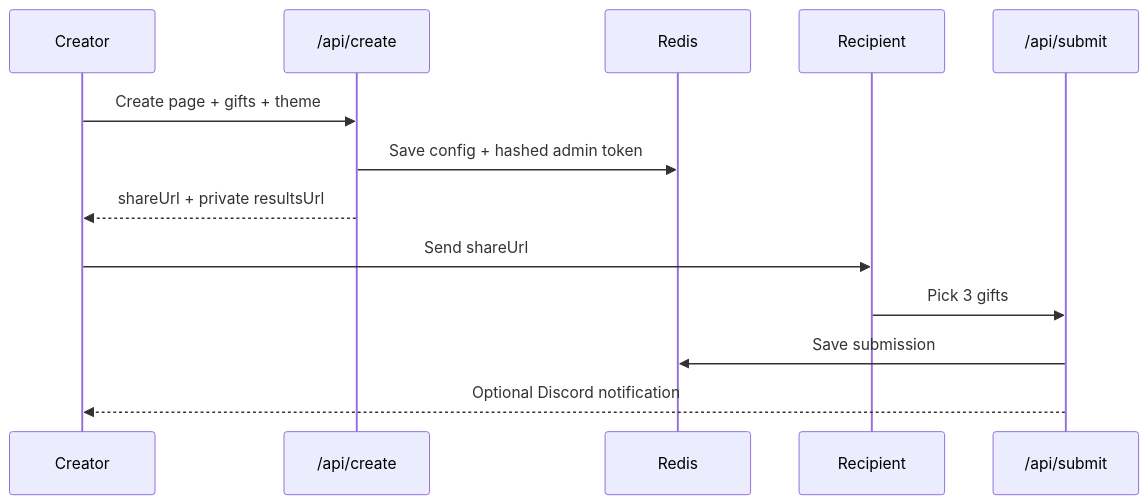
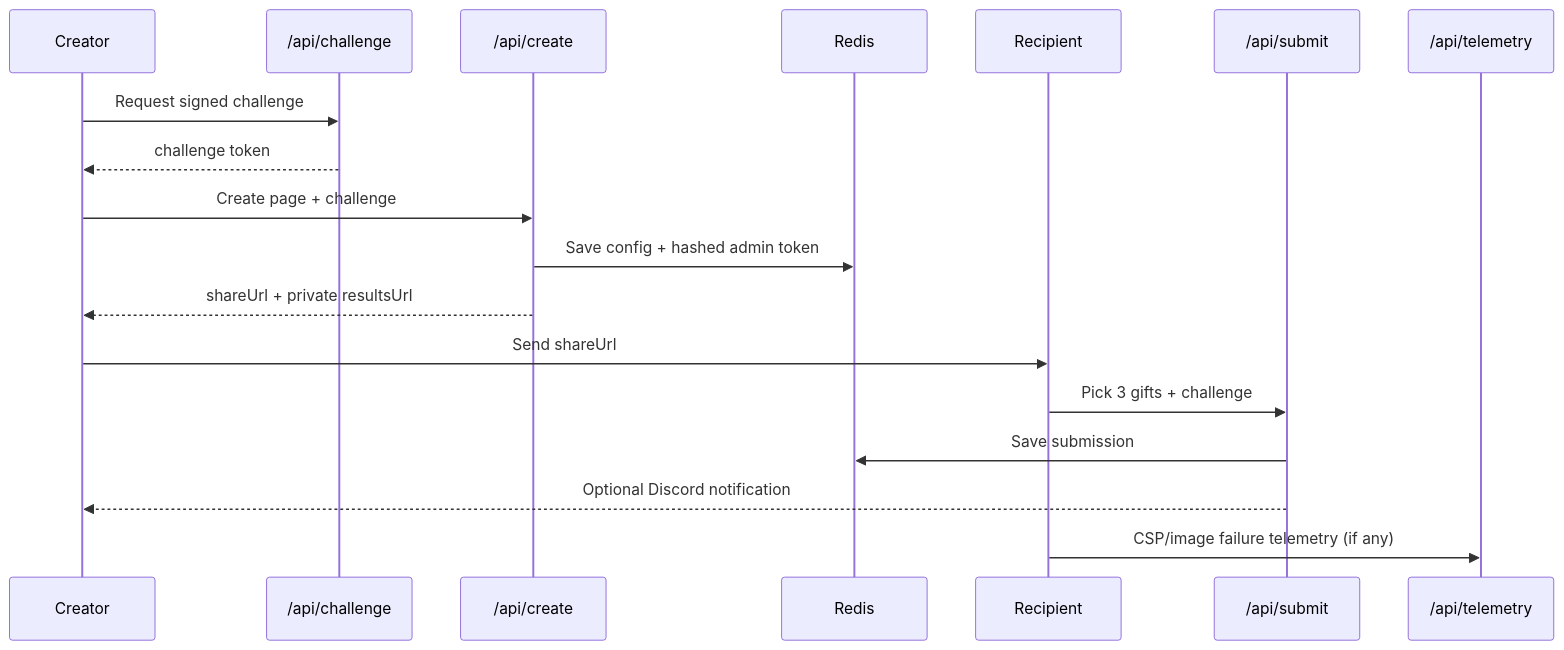
One commit to Emmanuelnoi/val-land changed the second of 2 diagrams in article/mediumfinal.md. Above: the diagram before and after it, drawn with Mermaid. The commit also changed other lines of this file and 22 other files, not shown here.

````diff
--- a/article/mediumfinal.md
+++ b/article/mediumfinal.md
@@ -151,16 +144,21 @@
 ```mermaid
 sequenceDiagram
   participant C as Creator
+  participant CH as /api/challenge
   participant API as /api/create
   participant KV as Redis
   participant R as Recipient
   participant S as /api/submit
+  participant TEL as /api/telemetry
 
-  C->>API: Create page + gifts + theme
+  C->>CH: Request signed challenge
+  CH-->>C: challenge token
+  C->>API: Create page + challenge
   API->>KV: Save config + hashed admin token
   API-->>C: shareUrl + private resultsUrl
   C->>R: Send shareUrl
-  R->>S: Pick 3 gifts
+  R->>S: Pick 3 gifts + challenge
   S->>KV: Save submission
   S-->>C: Optional Discord notification
+  R->>TEL: CSP/image failure telemetry (if any)
 ```
````
